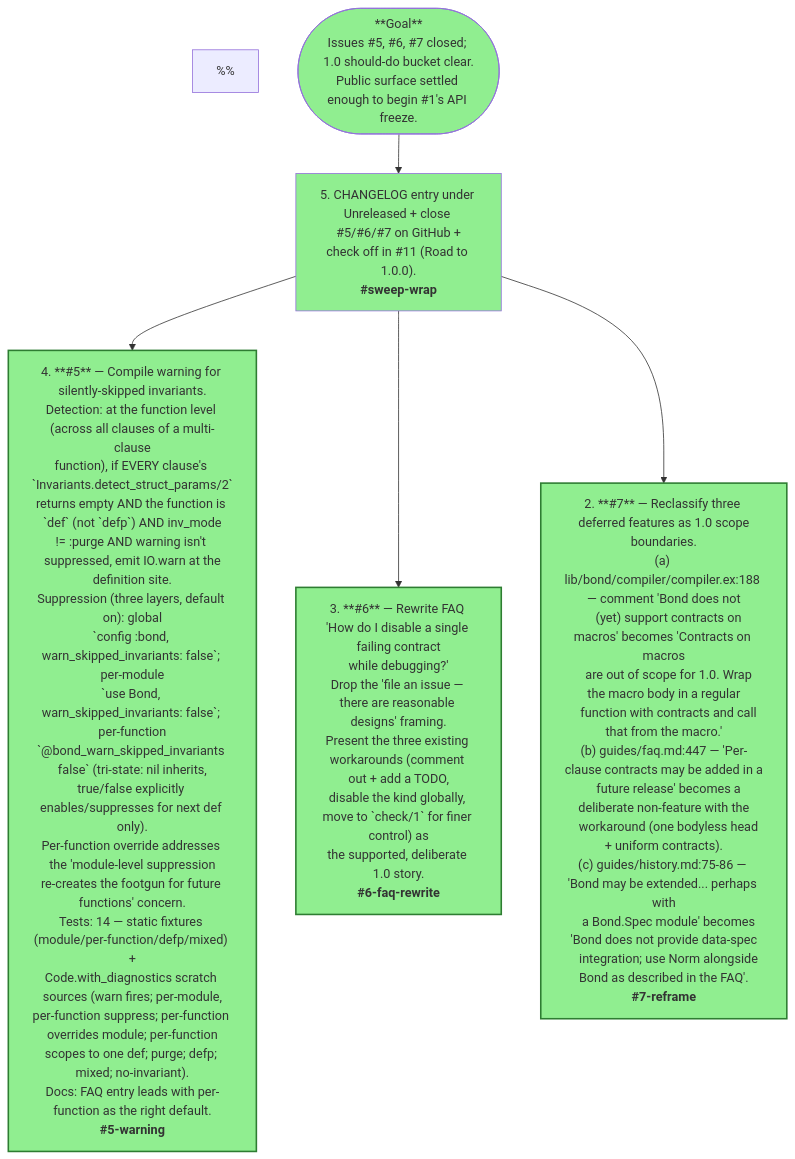
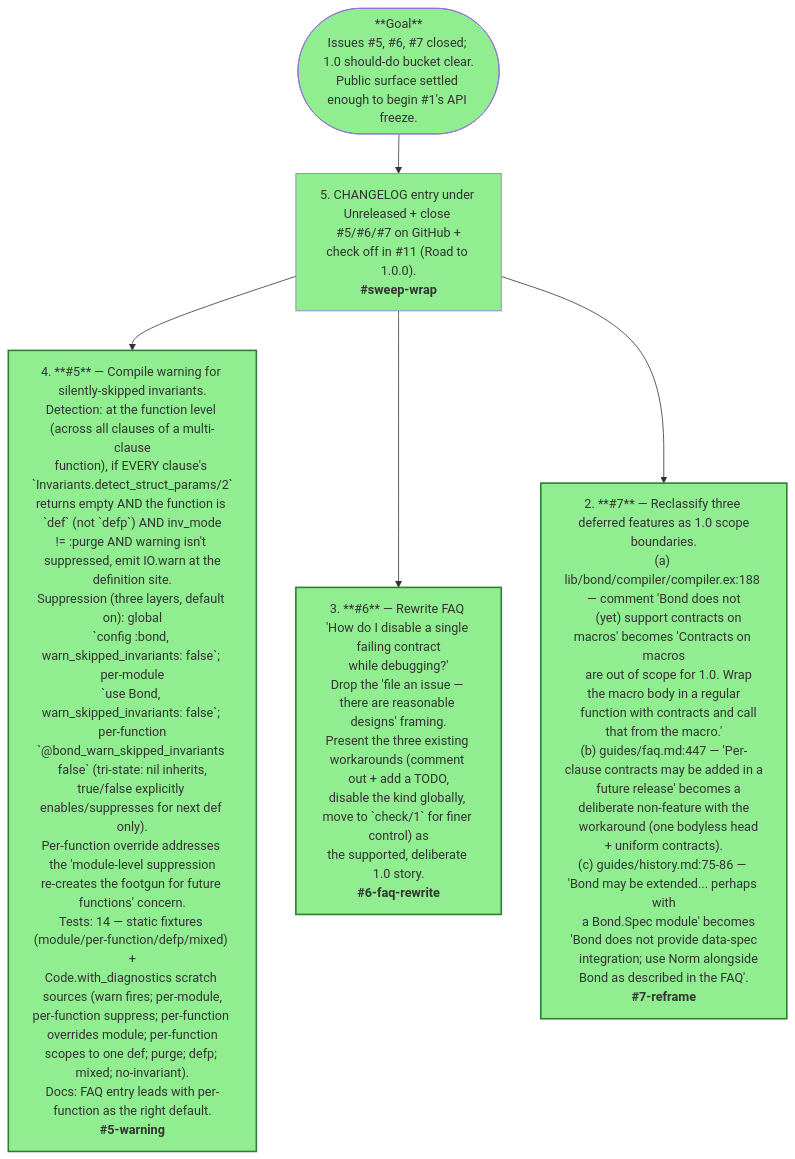
Before and after one commit to jvoegele/bond: the diagram in mikado/should-do-sweep.mmd, drawn with Mermaid. The commit also changed 10 other files, not shown here.

Commit message:
Fix "phantom" `%%` nodes in Mermaid Mikado graphs

```diff
--- a/mikado/should-do-sweep.mmd
+++ b/mikado/should-do-sweep.mmd
@@ -1,48 +1,48 @@
 flowchart TD
 %% Mikado graph for the Should-do 1.0 sweep — issues #5, #6, #7.
-%%
+
 %% Cleared first so that #1 (freeze the public API surface) operates on the
 %% final 1.0 surface, not a draft one. Each item has a small but real chance
 %% of touching public API (#5 adds a config knob; #6 would have added a per-
 %% contract toggle if shipped; #7 settles which features are excluded from
 %% 1.0 vs deferred), so they need to land before the API audit.
-%%
+
 %% Design decisions (user-approved before plan):
 %%   - #5: WARNING ON BY DEFAULT (opt-out). Suppressible via Application config
 %%     and via `use Bond` option. The "intentional util function in an
 %%     invariant module" case is uncommon enough that on-by-default catches the
 %%     footgun without much transition noise.
 %%   - #6: SCOPE OUT OF 1.0. No per-contract disable mechanism ships. Rewrite
 %%     the FAQ entry to present existing workarounds (comment out / disable
 %%     the kind / move to `check/1`) as the supported story; drop the "file an
 %%     issue" framing. Reasoning: Bond already has rich knobs (per-kind
 %%     `:purge|false|true`, `:overrides`, `use Bond` opts); per-contract toggle
 %%     compounds with them; Eiffel descendants don't expose it; the user's
 %%     design philosophy is decisive choices over flexibility-for-its-own-sake.
 %%   - #7: Three locations to fix — compiler.ex:188 (internal comment about
 %%     macros), guides/faq.md:447 (per-clause contracts "may be added"),
 %%     guides/history.md:75-86 (Bond.Spec "may be added"). Each restated as a
 %%     deliberate 1.0 scope boundary with a workaround.
-%%
+
 %% Arrows point from a goal to its prerequisites. Leaves (green) have no
 %% further prerequisites and are safe to start first. Depth-first per Mikado:
 %% pick a leaf, finish it, keep tests green, commit, repeat.
 
     G(["**Goal**<br/>Issues #5, #6, #7 closed; 1.0 should-do bucket clear.<br/>Public surface settled enough to begin #1's API freeze."])
 
     G --> S5["5. CHANGELOG entry under Unreleased + close #5/#6/#7 on GitHub +<br/>check off in #11 (Road to 1.0.0).<br/><b>#sweep-wrap</b>"]
 
     S5 --> S4["4. **#5** — Compile warning for silently-skipped invariants.<br/>Detection: at the function level (across all clauses of a multi-clause<br/>function), if EVERY clause's `Invariants.detect_struct_params/2`<br/>returns empty AND the function is `def` (not `defp`) AND inv_mode<br/>!= :purge AND warning isn't suppressed, emit IO.warn at the<br/>definition site.<br/>Suppression (three layers, default on): global<br/>`config :bond, warn_skipped_invariants: false`; per-module<br/>`use Bond, warn_skipped_invariants: false`; per-function<br/>`@bond_warn_skipped_invariants false` (tri-state: nil inherits,<br/>true/false explicitly enables/suppresses for next def only).<br/>Per-function override addresses the 'module-level suppression<br/>re-creates the footgun for future functions' concern.<br/>Tests: 14 — static fixtures (module/per-function/defp/mixed) +<br/>Code.with_diagnostics scratch sources (warn fires; per-module,<br/>per-function suppress; per-function overrides module; per-function<br/>scopes to one def; purge; defp; mixed; no-invariant).<br/>Docs: FAQ entry leads with per-function as the right default.<br/><b>#5-warning</b>"]
 
     S5 --> S3["3. **#6** — Rewrite FAQ 'How do I disable a single failing contract<br/>while debugging?'<br/>Drop the 'file an issue — there are reasonable designs' framing.<br/>Present the three existing workarounds (comment out + add a TODO,<br/>disable the kind globally, move to `check/1` for finer control) as<br/>the supported, deliberate 1.0 story.<br/><b>#6-faq-rewrite</b>"]
 
     S5 --> S2["2. **#7** — Reclassify three deferred features as 1.0 scope<br/>boundaries.<br/>(a) lib/bond/compiler/compiler.ex:188 — comment 'Bond does not<br/>    (yet) support contracts on macros' becomes 'Contracts on macros<br/>    are out of scope for 1.0. Wrap the macro body in a regular<br/>    function with contracts and call that from the macro.'<br/>(b) guides/faq.md:447 — 'Per-clause contracts may be added in a<br/>    future release' becomes a deliberate non-feature with the<br/>    workaround (one bodyless head + uniform contracts).<br/>(c) guides/history.md:75-86 — 'Bond may be extended... perhaps with<br/>    a Bond.Spec module' becomes 'Bond does not provide data-spec<br/>    integration; use Norm alongside Bond as described in the FAQ'.<br/><b>#7-reframe</b>"]
 
     classDef leaf fill:#e7f5e7,stroke:#2e7d32,stroke-width:2px;
     class S2,S3,S4 leaf;
 
     style G fill:#90EE90
     style S2 fill:#90EE90
     style S3 fill:#90EE90
     style S4 fill:#90EE90
     style S5 fill:#90EE90
```
